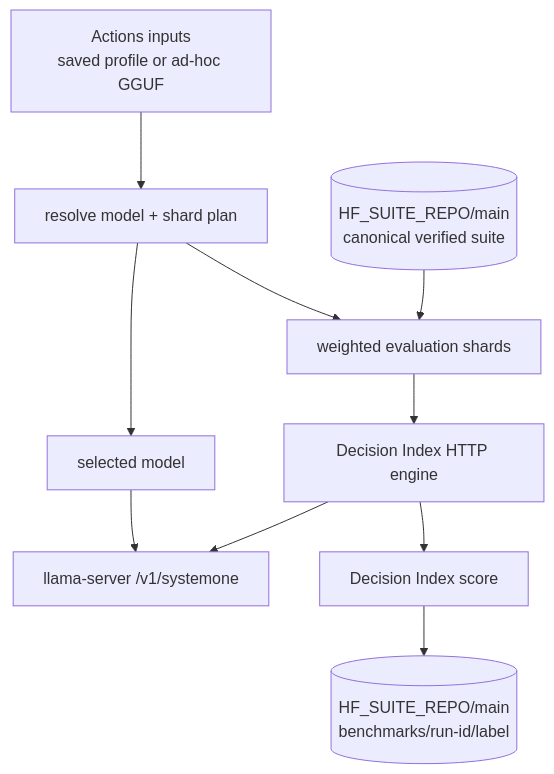
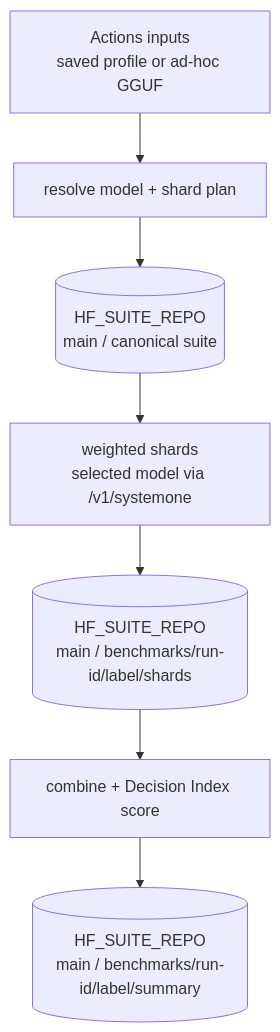
One commit to datGryphon/systemone-eval changed the third of 3 diagrams in .github/PIPELINE.md. Above: the diagram before and after it, drawn with Mermaid. The commit also changed other lines of this file, not shown here.

Commit message:
docs: simplify pipeline data-flow diagrams

````diff
--- a/.github/PIPELINE.md
+++ b/.github/PIPELINE.md
@@ -53,22 +55,12 @@
 ```mermaid
 flowchart TD
-    INPUTS[Actions inputs<br/>saved profile or ad-hoc GGUF]
-    PLAN[resolve model + shard plan]
-    CANON[(HF_SUITE_REPO/main<br/>canonical verified suite)]
-    SPLIT[weighted evaluation shards]
-    MODEL[selected model]
-    SERVER[llama-server /v1/systemone]
-    ENGINE[Decision Index HTTP engine]
-    SCORE[Decision Index score]
-    RESULTS[(HF_SUITE_REPO/main<br/>benchmarks/run-id/label)]
+    A[Actions inputs<br/>saved profile or ad-hoc GGUF]
+    B[resolve model + shard plan]
+    C[(HF_SUITE_REPO<br/>main / canonical suite)]
+    D[weighted shards<br/>selected model via /v1/systemone]
+    E[(HF_SUITE_REPO<br/>main / benchmarks/run-id/label/shards)]
+    F[combine + Decision Index score]
+    G[(HF_SUITE_REPO<br/>main / benchmarks/run-id/label/summary)]
 
-    INPUTS --> PLAN
-    PLAN --> MODEL
-    PLAN --> SPLIT
-    CANON --> SPLIT
-    SPLIT --> ENGINE
-    MODEL --> SERVER
-    ENGINE --> SERVER
-    ENGINE --> SCORE
-    SCORE --> RESULTS
+    A --> B --> C --> D --> E --> F --> G
 ```
````
